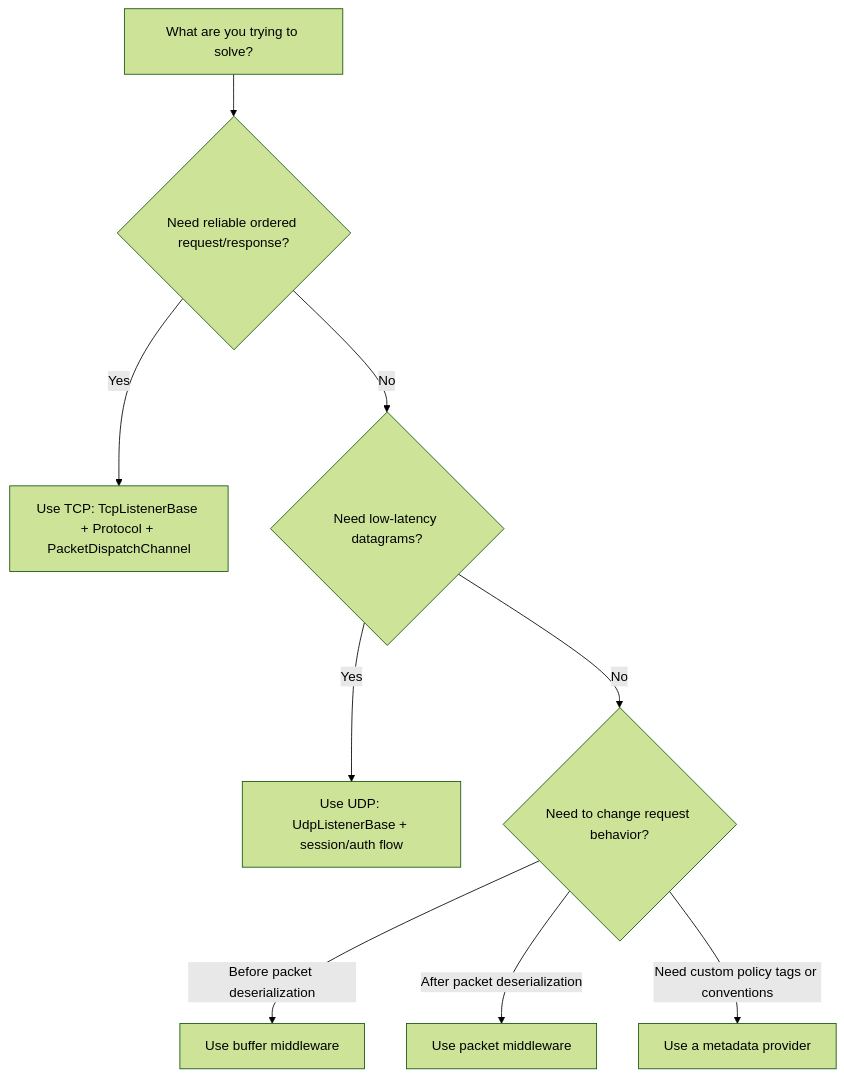
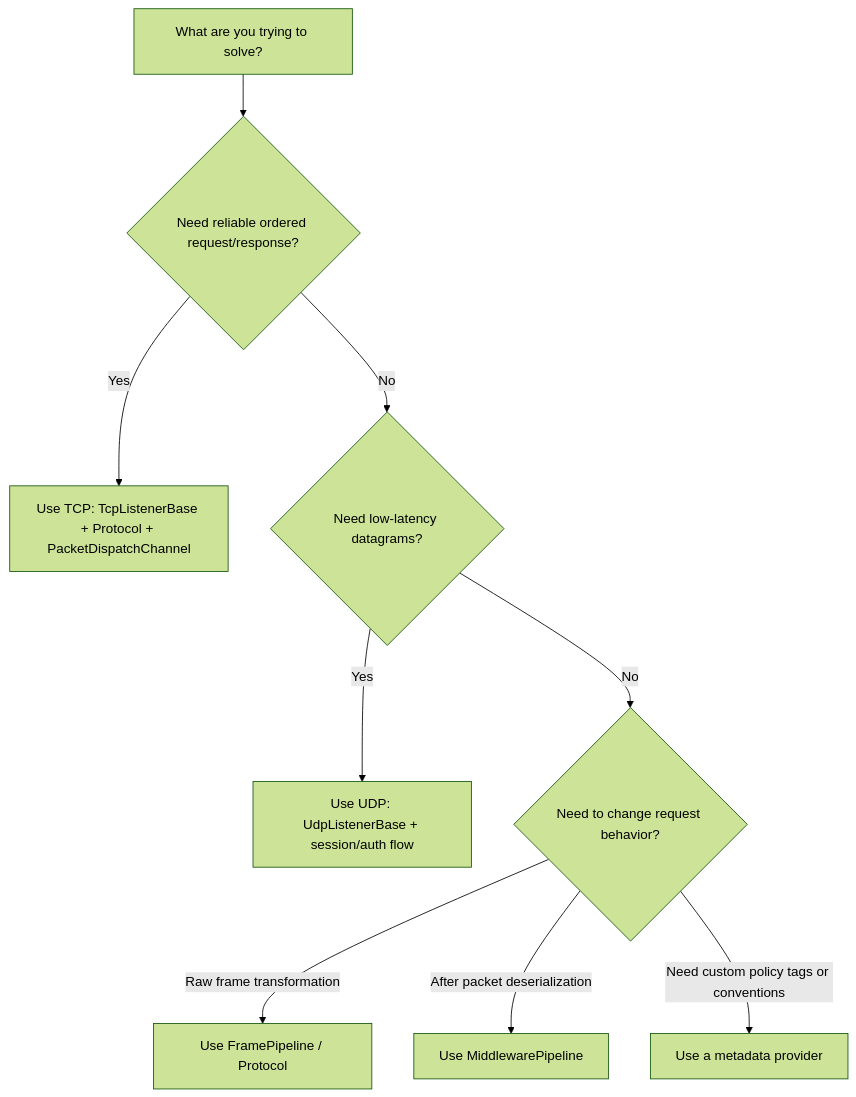
The diagram in docs/concepts/runtime/building-blocks.md (ppn-systems/Nalix), drawn with Mermaid (forest theme) before and after one commit. The commit also changed other lines of this file and 64 other files, not shown here.

````diff
--- a/docs/concepts/runtime/building-blocks.md
+++ b/docs/concepts/runtime/building-blocks.md
@@ -9,11 +9,11 @@
 ```mermaid
 flowchart TD
     A["What are you trying to solve?"] --> B{"Need reliable ordered request/response?"}
     B -->|Yes| C["Use TCP: TcpListenerBase + Protocol + PacketDispatchChannel"]
     B -->|No| D{"Need low-latency datagrams?"}
     D -->|Yes| E["Use UDP: UdpListenerBase + session/auth flow"]
     D -->|No| F{"Need to change request behavior?"}
-    F -->|Before packet deserialization| G["Use buffer middleware"]
-    F -->|After packet deserialization| H["Use packet middleware"]
+    F -->|Raw frame transformation| G["Use FramePipeline / Protocol"]
+    F -->|After packet deserialization| H["Use MiddlewarePipeline"]
     F -->|Need custom policy tags or conventions| I["Use a metadata provider"]
 ```
````
